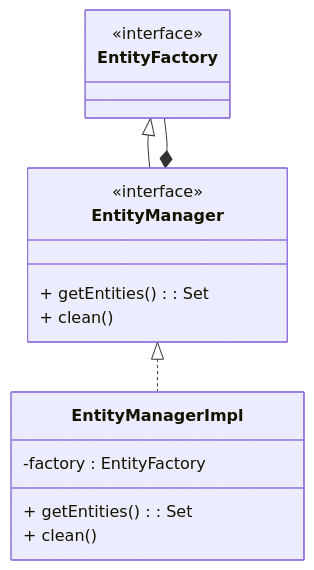
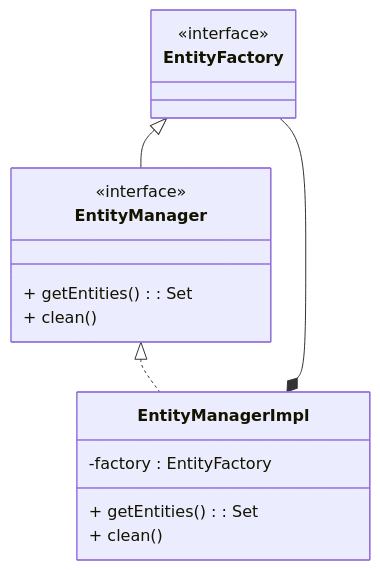
Before and after one commit to frabitta/OOP23-gfight: the third of 21 diagrams in report.md, drawn with Mermaid. The commit also changed other lines of this file and 1 other file, not shown here.

````diff
--- a/report.md
+++ b/report.md
@@ -94,21 +94,21 @@
 ```mermaid
 classDiagram
     class EntityFactory {
         <<interface>>
     }
     class EntityManager {
         <<interface>>
         + getEntities() : Set<CachedGameEntity>
         + clean()
     }
     EntityFactory <|-- EntityManager
 
         class EntityManagerImpl {
         -factory : EntityFactory
         + getEntities() : Set<CachedGameEntity>
         + clean()
     }
     EntityManager <|.. EntityManagerImpl
-    EntityFactory --* EntityManager
+    EntityFactory --* EntityManagerImpl
 
 ```
````
